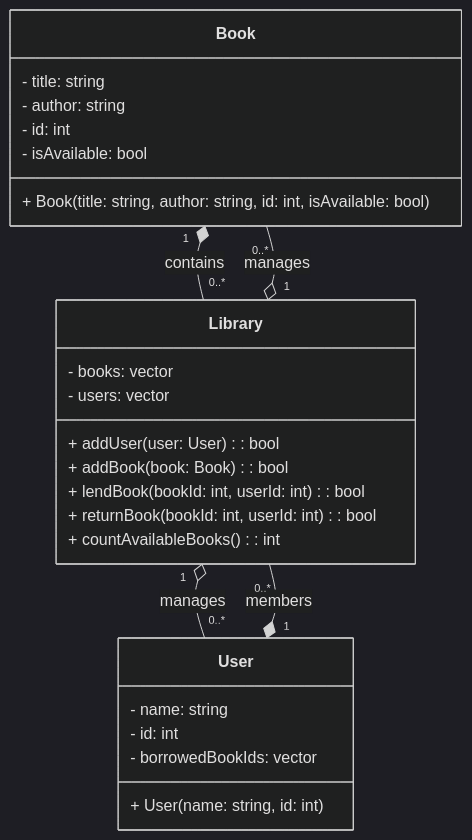
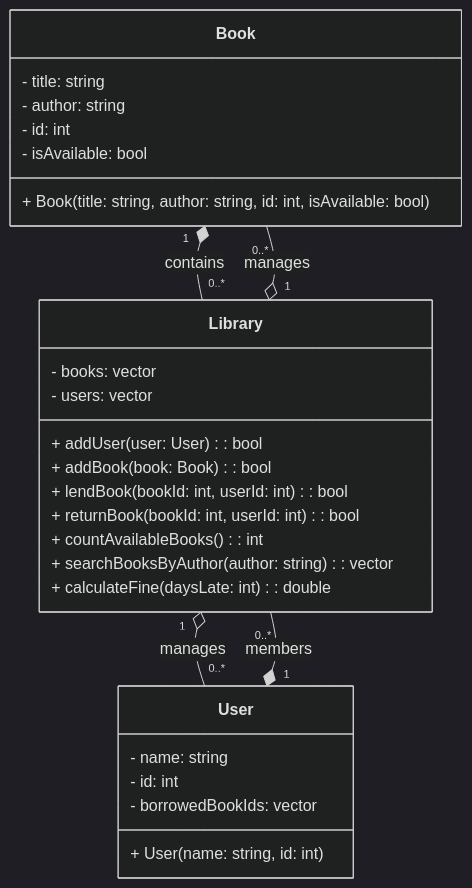
The diagram in README.md (EnigmaK9/library), drawn with Mermaid (dark theme) before and after one commit. The commit also changed other lines of this file, not shown here.

````diff
--- a/README.md
+++ b/README.md
@@ -8,29 +8,31 @@
 ```mermaid
 classDiagram
     class Book {
         - title: string
         - author: string
         - id: int
         - isAvailable: bool
         + Book(title: string, author: string, id: int, isAvailable: bool)
     }
     class User {
         - name: string
         - id: int
         - borrowedBookIds: vector<int>
         + User(name: string, id: int)
     }
     class Library {
         - books: vector<Book>
         - users: vector<User>
         + addUser(user: User): bool
         + addBook(book: Book): bool
         + lendBook(bookId: int, userId: int): bool
         + returnBook(bookId: int, userId: int): bool
         + countAvailableBooks(): int
+        + searchBooksByAuthor(author: string): vector<Book>
+        + calculateFine(daysLate: int): double
     }
     Book "1" *-- "0..*" Library : contains
     User "1" *-- "0..*" Library : members
     Library "1" o-- "0..*" Book : manages
     Library "1" o-- "0..*" User : manages
 ```
````
